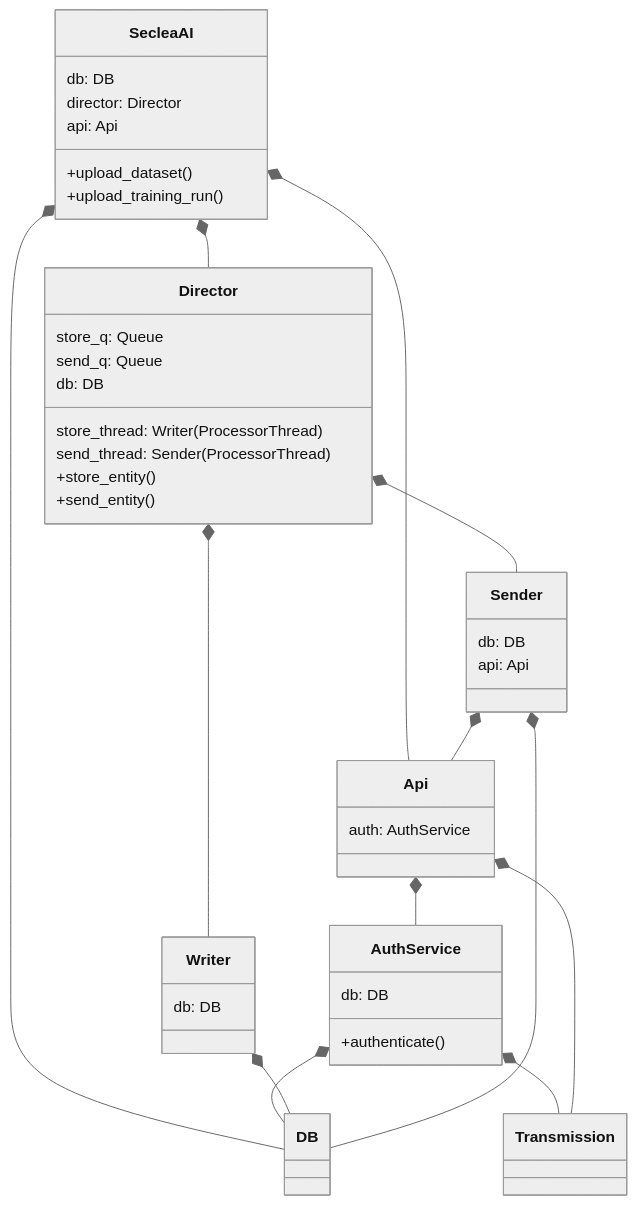
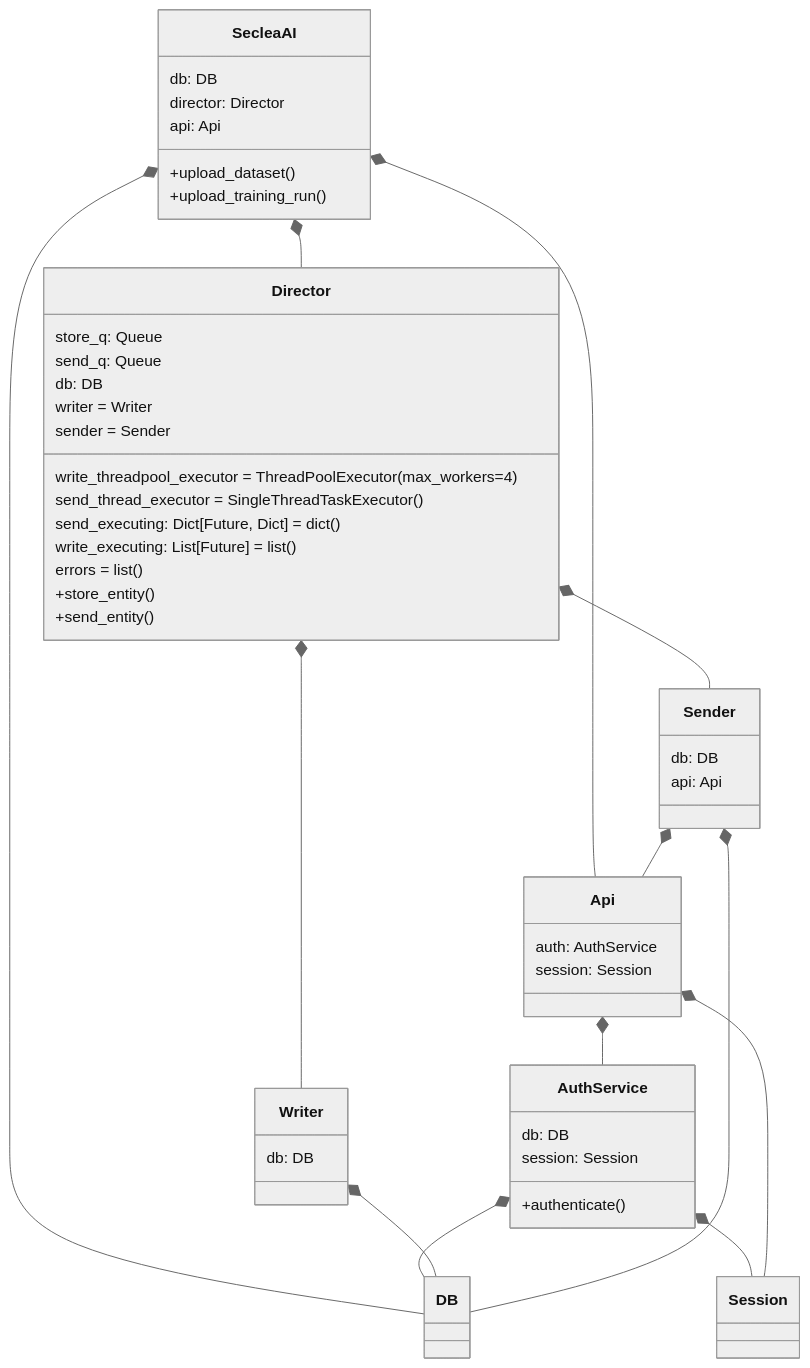
One commit to seclea/seclea_ai changed the third of 5 diagrams in docs/design/architecture.md. Above: the diagram before and after it, drawn with Mermaid (neutral theme). The commit also changed 5 other files, not shown here.

````diff
--- a/docs/design/architecture.md
+++ b/docs/design/architecture.md
@@ -101,69 +101,75 @@
 ```mermaid
   classDiagram
 
   SecleaAI *-- Director
   SecleaAI *-- Api
   SecleaAI *-- DB
   
-  AuthService *-- Transmission
+  AuthService *-- Session
   AuthService *-- DB
   
   Director *-- Writer
   Director *-- Sender
   
   Api *-- AuthService
-  Api *-- Transmission
+  Api *-- Session
   
   Writer *-- DB
   
   Sender *-- Api
   Sender *-- DB
 
   class SecleaAI {
     db: DB
     director: Director
     api: Api
     
     +upload_dataset()
     +upload_training_run()
   }
   
 
   class AuthService {
     db: DB
+    session: Session
     
     +authenticate()
   }
   
   
   class Director {
     store_q: Queue
     send_q: Queue
     db: DB
-    store_thread: Writer(ProcessorThread)
-    send_thread: Sender(ProcessorThread)
+    writer = Writer
+    sender = Sender
+    write_threadpool_executor = ThreadPoolExecutor(max_workers=4)
+    send_thread_executor = SingleThreadTaskExecutor()
+    send_executing: Dict[Future, Dict] = dict()
+    write_executing: List[Future] = list()
+    errors = list()
     
     +store_entity()
     +send_entity()
     
   }
   
   class Api {
     auth: AuthService
-    
+    session: Session
   }
   
   class Writer {
     db: DB
   }
   
   class Sender {
     db: DB
     api: Api
   }
   
   class DB {
   
   }
   
 ```
````
